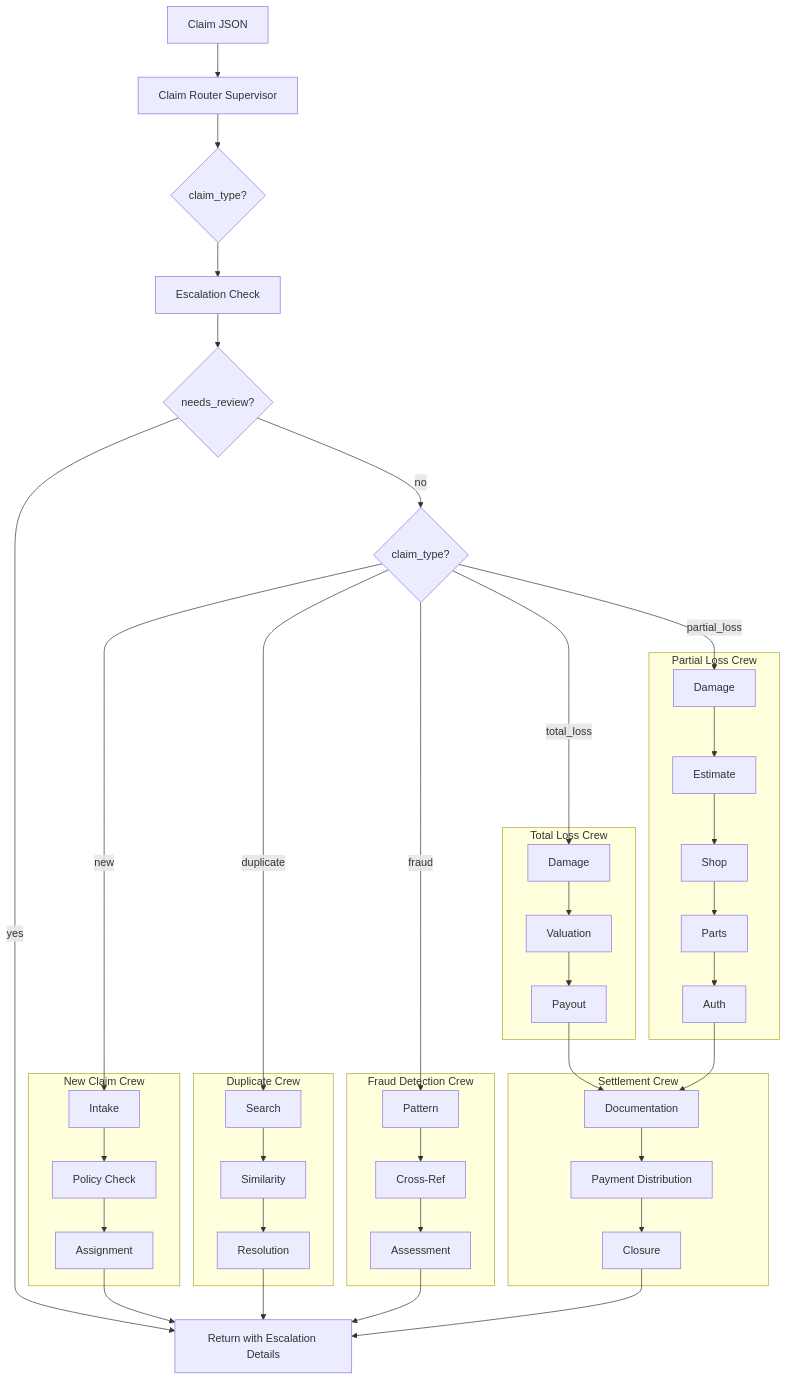
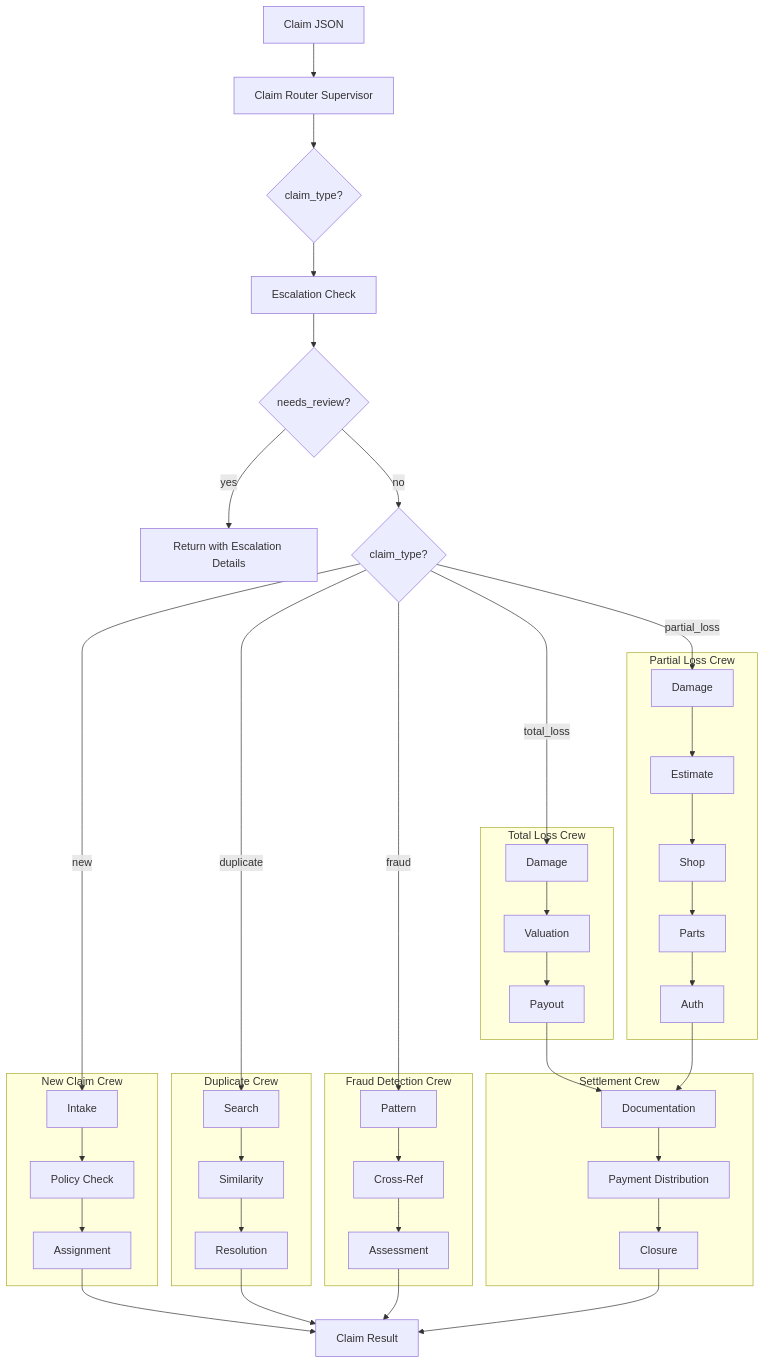
The second of 2 diagrams in docs/architecture.md (csmangum/auto-agent), drawn with Mermaid before and after one commit. The commit also changed other lines of this file and 1 other file, not shown here.

First line of the commit message:
Update README and architecture documentation to reflect workflow changes

````diff
--- a/docs/architecture.md
+++ b/docs/architecture.md
@@ -102,45 +110,46 @@
 ```mermaid
 flowchart TB
     A[Claim JSON] --> B[Claim Router Supervisor]
     B --> C{claim_type?}
     C --> D[Escalation Check]
     D --> E{needs_review?}
     E -->|yes| G[Return with Escalation Details]
     E -->|no| H{claim_type?}
+    ClaimResult[Claim Result]
 
     subgraph New["New Claim Crew"]
         D1[Intake] --> D2[Policy Check] --> D3[Assignment]
     end
 
     subgraph Dup["Duplicate Crew"]
         E1[Search] --> E2[Similarity] --> E3[Resolution]
     end
 
     subgraph Total["Total Loss Crew"]
         F1[Damage] --> F2[Valuation] --> F3[Payout]
     end
 
     subgraph FraudCrew["Fraud Detection Crew"]
         FR1[Pattern] --> FR2[Cross-Ref] --> FR3[Assessment]
     end
 
     subgraph Partial["Partial Loss Crew"]
         P1[Damage] --> P2[Estimate] --> P3[Shop] --> P4[Parts] --> P5[Auth]
     end
 
     subgraph Settlement["Settlement Crew"]
         S1[Documentation] --> S2[Payment Distribution] --> S3[Closure]
     end
 
     H -->|new| D1
     H -->|duplicate| E1
     H -->|total_loss| F1
     H -->|fraud| FR1
     H -->|partial_loss| P1
-    D3 --> G
-    E3 --> G
+    D3 --> ClaimResult
+    E3 --> ClaimResult
     F3 --> S1
-    FR3 --> G
+    FR3 --> ClaimResult
     P5 --> S1
-    S3 --> G
+    S3 --> ClaimResult
 ```
````
